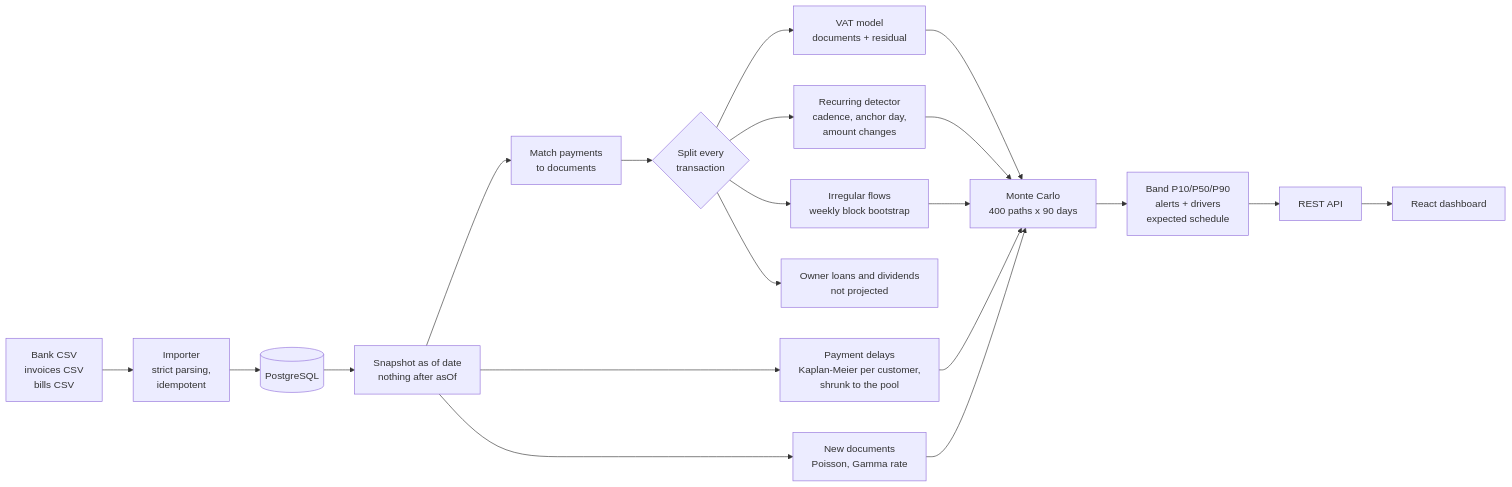
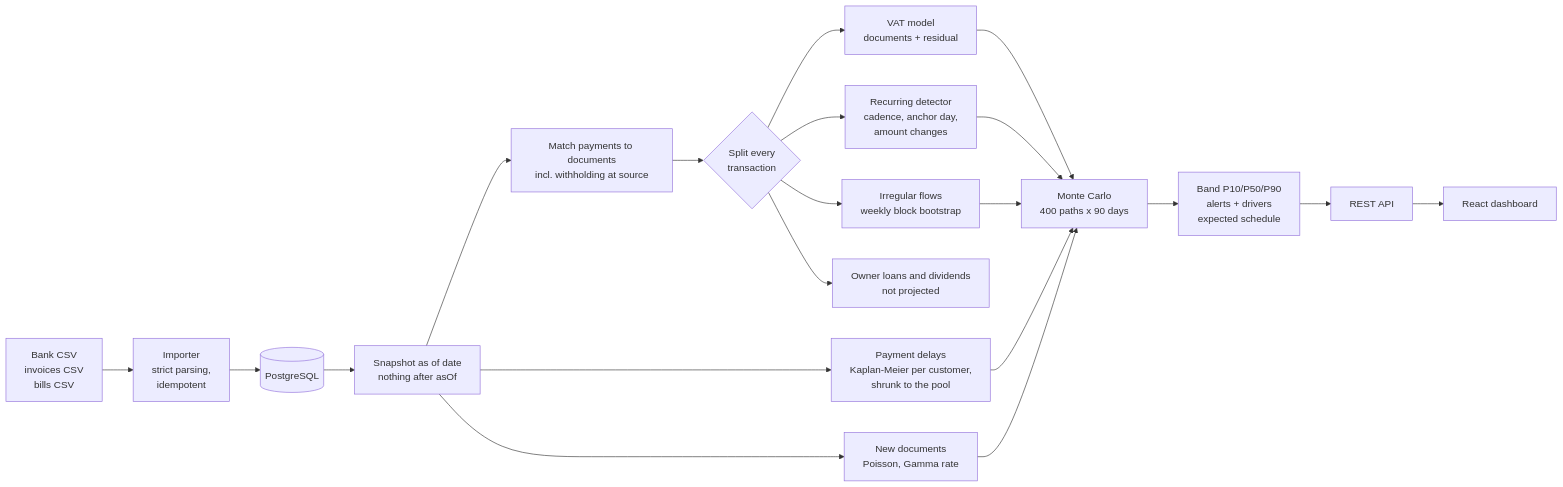
One commit to MoyalShoham/runway changed the diagram in README.md. Above: the diagram before and after it, drawn with Mermaid. The commit also changed other lines of this file and 6 other files, not shown here.

````diff
--- a/README.md
+++ b/README.md
@@ -38,17 +46,17 @@
 ```mermaid
 flowchart LR
     CSV[Bank CSV<br/>invoices CSV<br/>bills CSV] --> IMP[Importer<br/>strict parsing,<br/>idempotent]
     IMP --> DB[(PostgreSQL)]
     DB --> SNAP[Snapshot as of date<br/>nothing after asOf]
-    SNAP --> MATCH[Match payments<br/>to documents]
+    SNAP --> MATCH[Match payments to documents<br/>incl. withholding at source]
     MATCH --> SPLIT{Split every<br/>transaction}
     SPLIT --> VAT[VAT model<br/>documents + residual]
     SPLIT --> REC[Recurring detector<br/>cadence, anchor day,<br/>amount changes]
     SPLIT --> BASE[Irregular flows<br/>weekly block bootstrap]
     SPLIT --> OWN[Owner loans and dividends<br/>not projected]
     SNAP --> DELAY[Payment delays<br/>Kaplan-Meier per customer,<br/>shrunk to the pool]
     SNAP --> NEW[New documents<br/>Poisson, Gamma rate]
     VAT & REC & BASE & DELAY & NEW --> MC[Monte Carlo<br/>400 paths x 90 days]
     MC --> OUT[Band P10/P50/P90<br/>alerts + drivers<br/>expected schedule]
     OUT --> API[REST API] --> UI[React dashboard]
 ```
````
